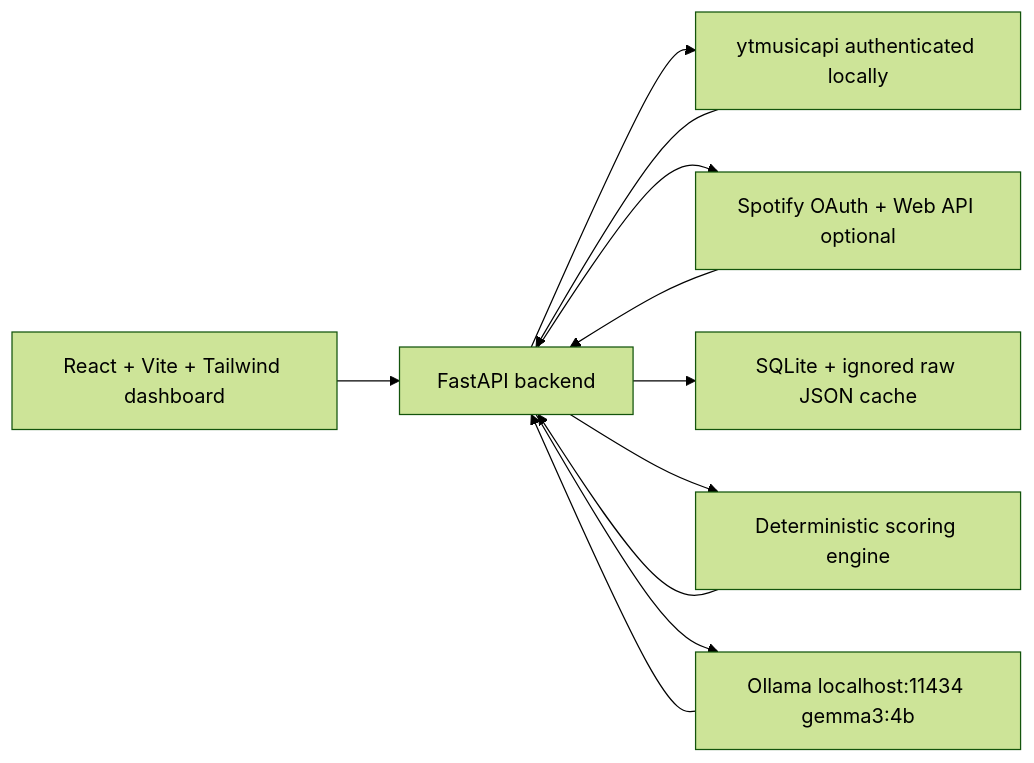
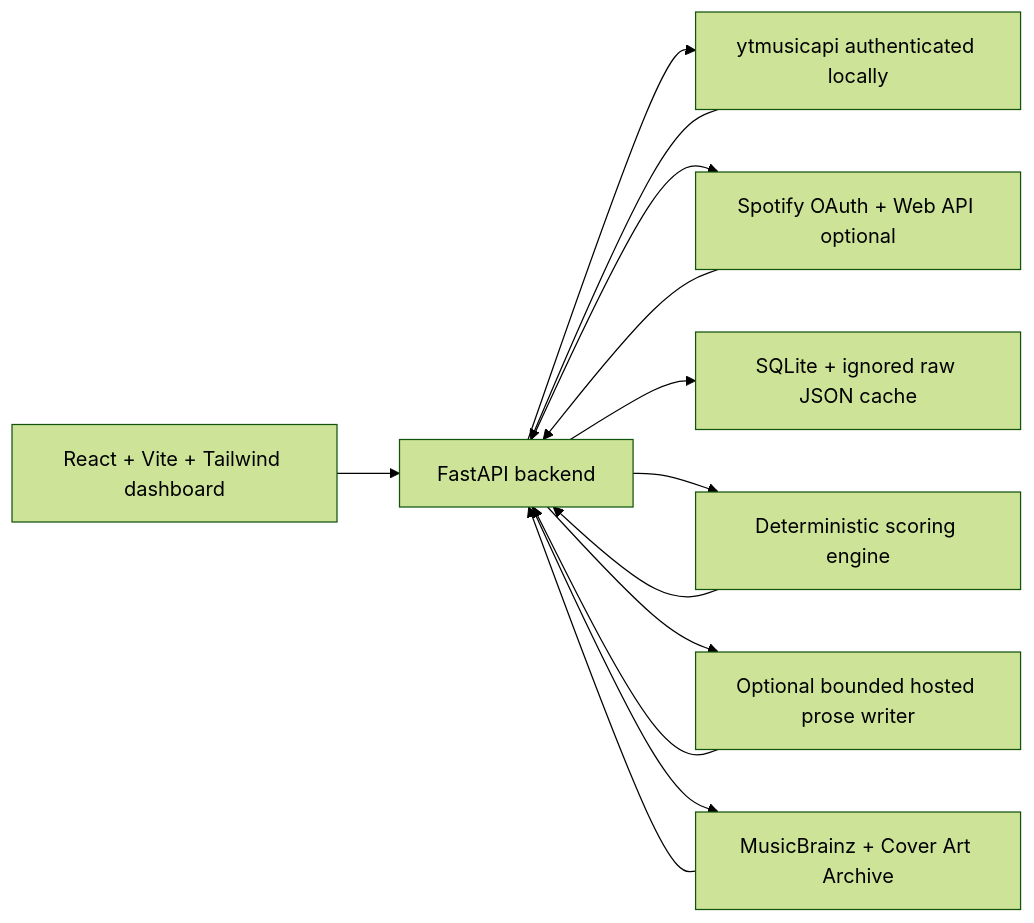
One commit to aidanchan0623/Saville-Music-Persona-Web changed the first of 2 diagrams in README.md. Above: the diagram before and after it, drawn with Mermaid (forest theme). The commit also changed other lines of this file and 21 other files, not shown here.

Commit message:
feat: add bounded hosted enrichment

````diff
--- a/README.md
+++ b/README.md
@@ -31,13 +31,15 @@
 ```mermaid
 flowchart LR
   UI["React + Vite + Tailwind dashboard"] --> API["FastAPI backend"]
   API --> YTM["ytmusicapi authenticated locally"]
   API --> Spotify["Spotify OAuth + Web API optional"]
   API --> DB["SQLite + ignored raw JSON cache"]
   API --> Scoring["Deterministic scoring engine"]
-  API --> Ollama["Ollama localhost:11434 gemma3:4b"]
+  API --> Writer["Optional bounded hosted prose writer"]
+  API --> Metadata["MusicBrainz + Cover Art Archive"]
   Scoring --> API
   YTM --> API
   Spotify --> API
-  Ollama --> API
+  Writer --> API
+  Metadata --> API
 ```
````
